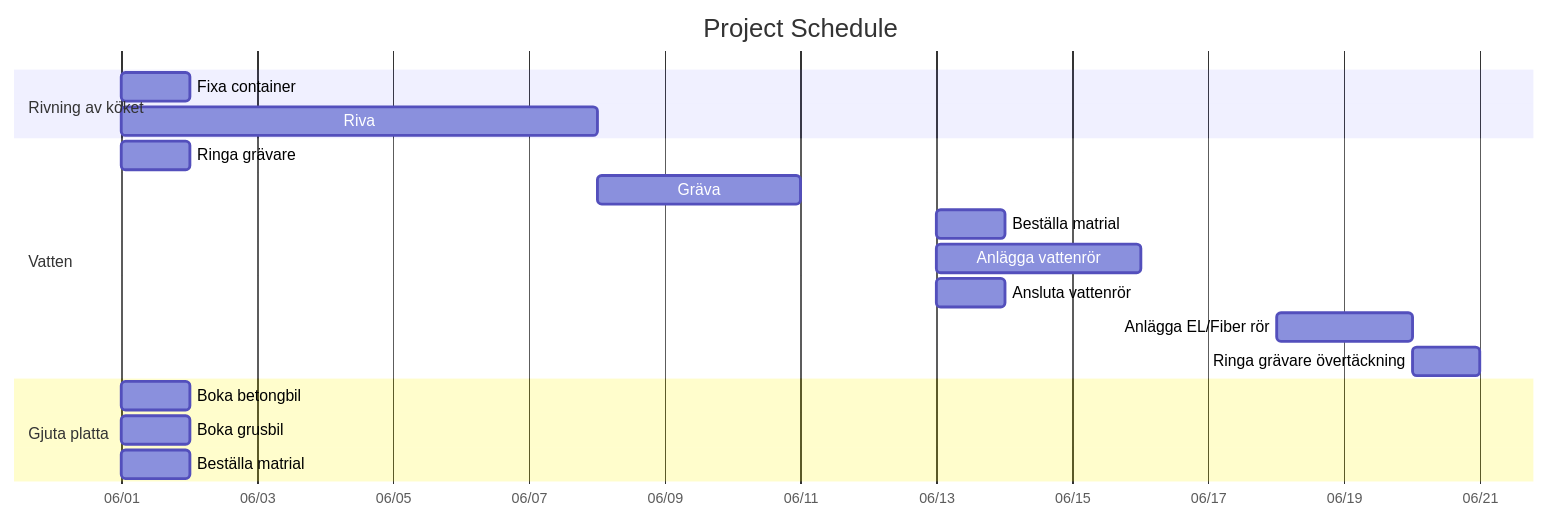
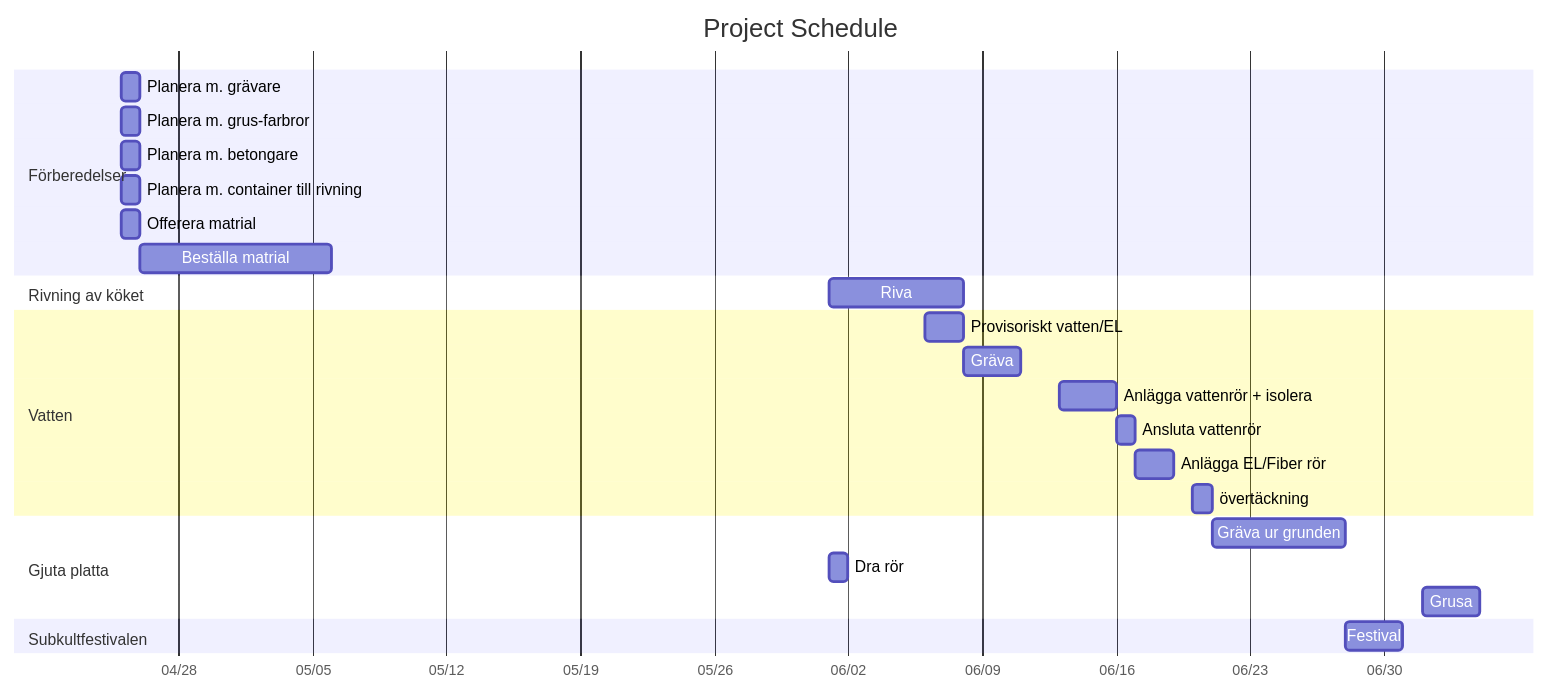
One commit to masv3971/k-ksrenovering changed the diagram in schema.md. Above: the diagram before and after it, drawn with Mermaid.

Commit message:
Add more sections.

````diff
--- a/schema.md
+++ b/schema.md
@@ -3,26 +3,36 @@
 ```mermaid
     gantt
         title Project Schedule
         dateFormat YYYY-MM-DD
         axisFormat %m/%d
 
+        section Förberedelser
+        Planera m. grävare : 2024-04-25, 1d
+        Planera m. grus-farbror : 2024-04-25, 1d
+        Planera m. betongare : 2024-04-25, 1d
+        Planera m. container till rivning : 2024-04-25, 1d
+        Offerera matrial : 2024-04-25, 1d
+        Beställa matrial : 2024-04-26, 10d
+
         section Rivning av köket
-        Fixa container : 2024-06-01, 1d
-        Riva : 2024-06-1, 7d
+        Riva : 2024-06-01, 7d
         
         section Vatten
-        Ringa grävare : 2024-06-01, 1d
+        Provisoriskt vatten/EL : 2024-06-06, 2d
         Gräva : 2024-06-08, 3d
-        Beställa matrial : 2024-06-13, 1d
-        Anlägga vattenrör : 2024-06-13, 3d
-        Ansluta vattenrör : 2024-06-13, 1d
-        Anlägga EL/Fiber rör : 2024-06-18, 2d
-        Ringa grävare övertäckning : 2024-06-20, 1d
+        Anlägga vattenrör + isolera : 2024-06-13, 3d
+        Ansluta vattenrör : 2024-06-16, 1d
+        Anlägga EL/Fiber rör : 2024-06-17, 2d
+        övertäckning : 2024-06-20, 1d
 
         section Gjuta platta
-        Boka betongbil : 2024-06-01, 1d
-        Boka grusbil : 2024-06-01, 1d
-        Beställa matrial : 2024-06-01, 1d
+        Gräva ur grunden : 2024-06-21, 7d
+        Dra rör : 2024-06-01, 1d
+        Grusa : 2024-07-02, 3d
+
+        section Subkultfestivalen
+        Festival : 2024-06-28, 3d
+
 
 
 ```
````
